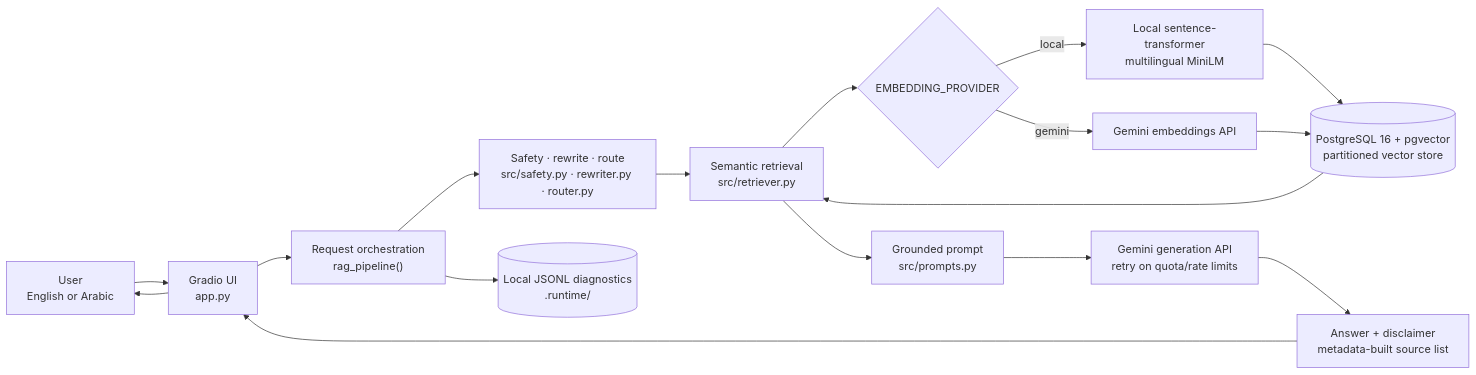
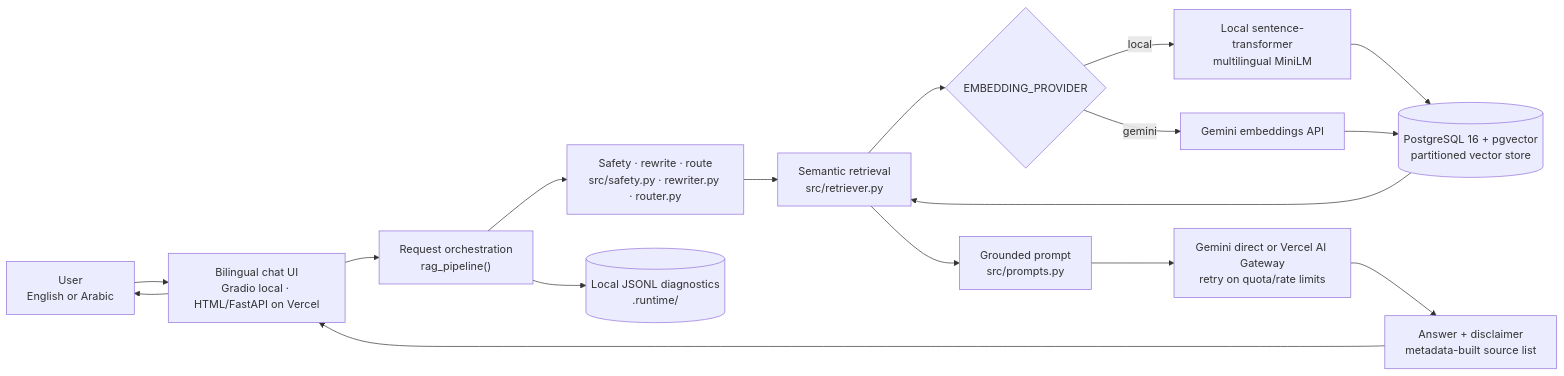
Before and after one commit to ahmedelbamby-aast/Creativa-Hackathon-Clinical-Rag: the first of 5 diagrams in README.md, drawn with Mermaid. The commit also changed other lines of this file and 5 other files, not shown here.

Commit message:
fix: make Vercel chat serverless-safe

````diff
--- a/README.md
+++ b/README.md
@@ -15,23 +15,23 @@
 ```mermaid
 flowchart LR
     user["User<br/>English or Arabic"]
-    ui["Gradio UI<br/>app.py"]
+    ui["Bilingual chat UI<br/>Gradio local · HTML/FastAPI on Vercel"]
     pipeline["Request orchestration<br/>rag_pipeline()"]
     controls["Safety · rewrite · route<br/>src/safety.py · rewriter.py · router.py"]
     retrieval["Semantic retrieval<br/>src/retriever.py"]
     provider{"EMBEDDING_PROVIDER"}
     local["Local sentence-transformer<br/>multilingual MiniLM"]
     online["Gemini embeddings API"]
     vectors[("PostgreSQL 16 + pgvector<br/>partitioned vector store")]
     prompt["Grounded prompt<br/>src/prompts.py"]
-    generation["Gemini generation API<br/>retry on quota/rate limits"]
+    generation["Gemini direct or Vercel AI Gateway<br/>retry on quota/rate limits"]
     output["Answer + disclaimer<br/>metadata-built source list"]
     telemetry[("Local JSONL diagnostics<br/>.runtime/")]
 
     user --> ui --> pipeline --> controls --> retrieval
     retrieval --> provider
     provider -->|local| local --> vectors
     provider -->|gemini| online --> vectors
     vectors --> retrieval --> prompt --> generation --> output --> ui --> user
     pipeline --> telemetry
 ```
````
